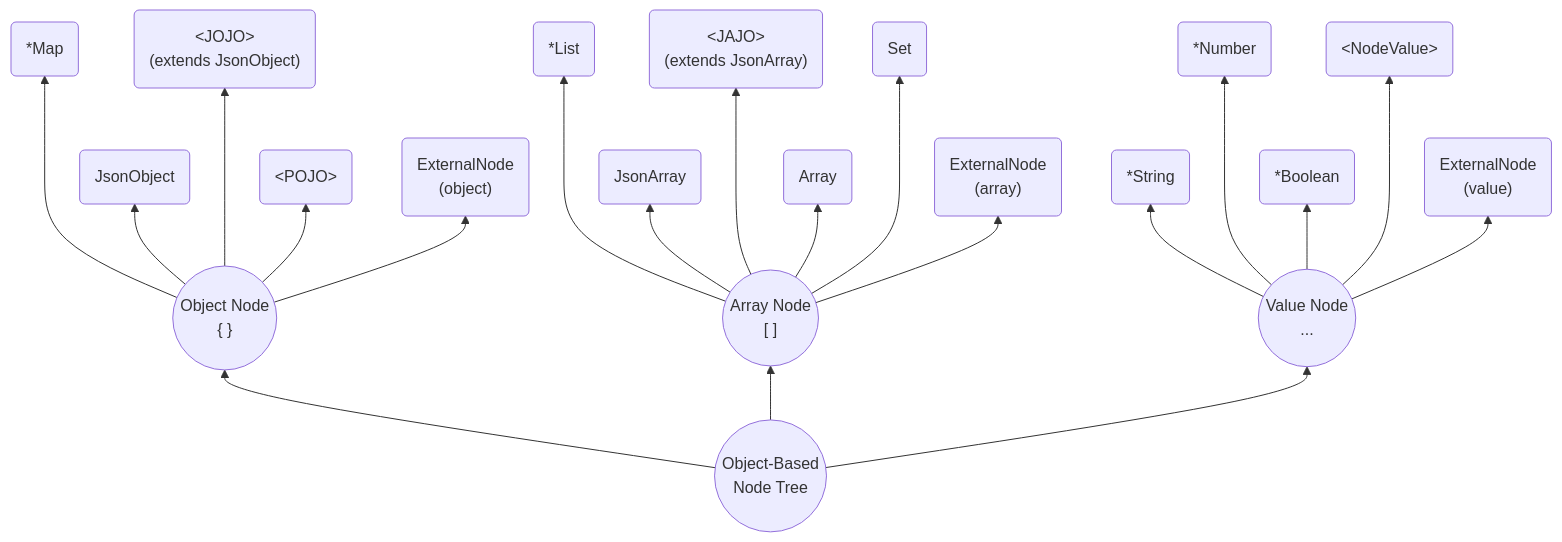
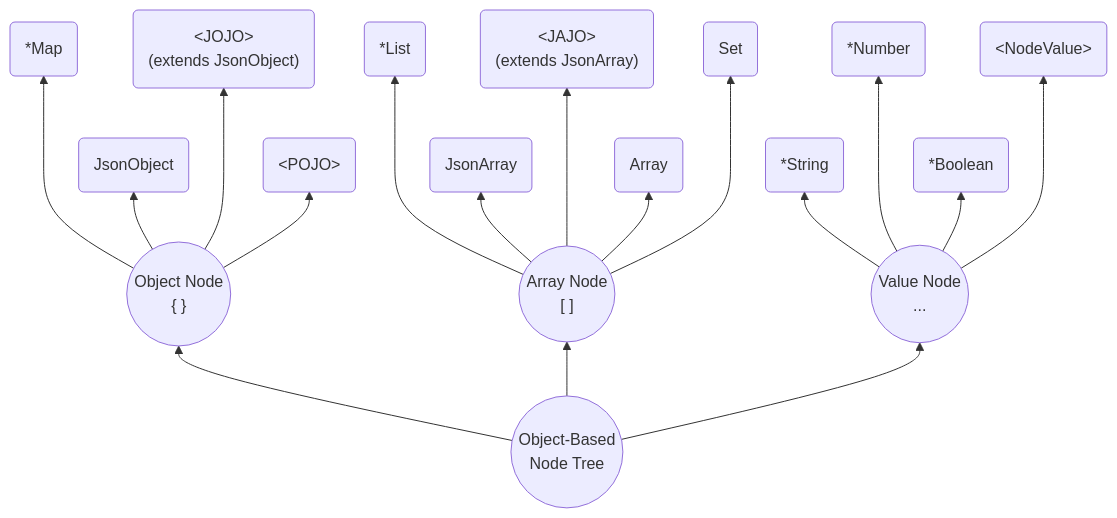
Before and after one commit to sjf4j-projects/sjf4j-website: the diagram in docs/modeling.md, drawn with Mermaid. The commit also changed other lines of this file, not shown here.

Commit message:
docs: explain external nodes in text without expanding OBNT diagram

````diff
--- a/docs/modeling.md
+++ b/docs/modeling.md
@@ -14,23 +14,20 @@
 ```mermaid
 graph BT
   node(("Object-Based <br/> Node Tree"))
   node --> object(("Object Node<br/> { }"))
     object ---> map("*Map")
     object --> jo("JsonObject")
     object ---> jojo(" &lt;JOJO&gt; <br/> (extends JsonObject)")
     object --> pojo(" &lt;POJO&gt; ")
-    object --> externalObject("ExternalNode<br/> (object)")
   node --> array(("Array Node<br/> [ ]"))
     array ---> list("*List")
     array --> ja("JsonArray")
     array ---> jajo(" &lt;JAJO&gt; <br/> (extends JsonArray)")
     array --> arr("Array")
     array ---> set("Set")
-    array --> externalArray("ExternalNode<br/> (array)")
   node --> value(("Value Node <br/> ..."))
     value --> string("*String")
     value ---> number("*Number")
     value --> boolean("*Boolean")
     value ---> nodeValue("&lt;NodeValue&gt;")
-    value --> externalValue("ExternalNode<br/> (value)")
 ```
````
